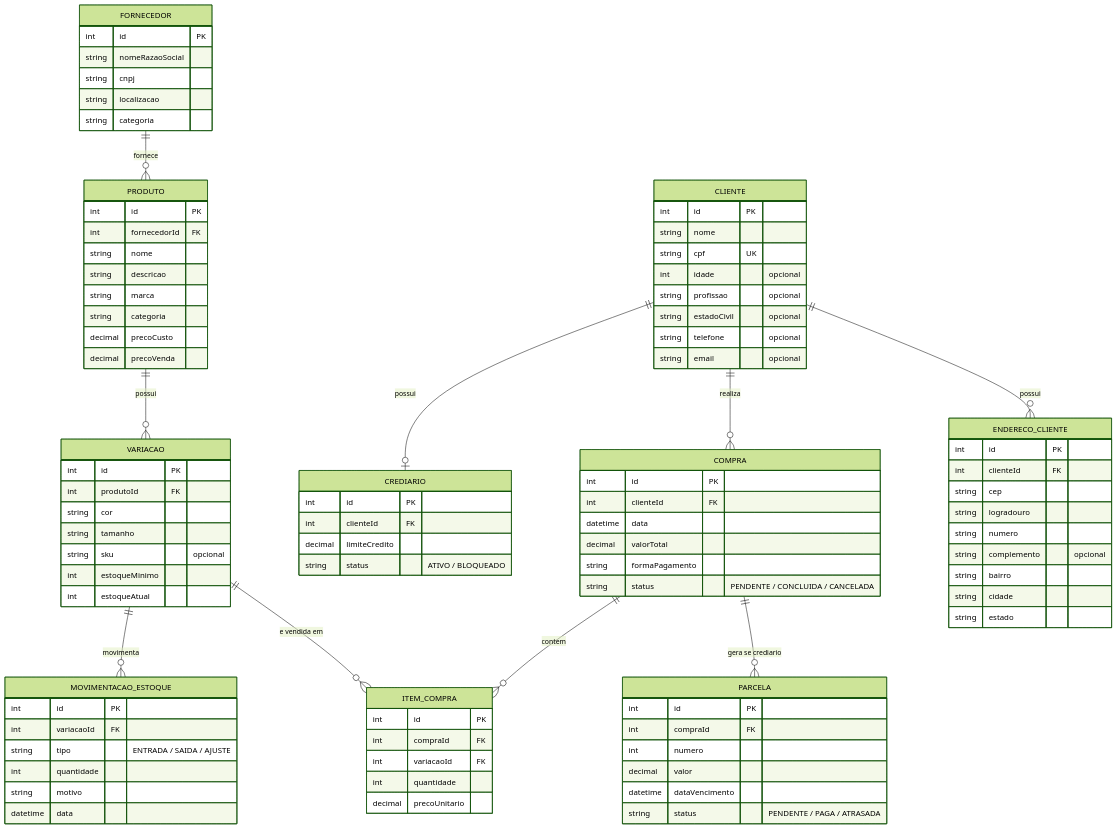
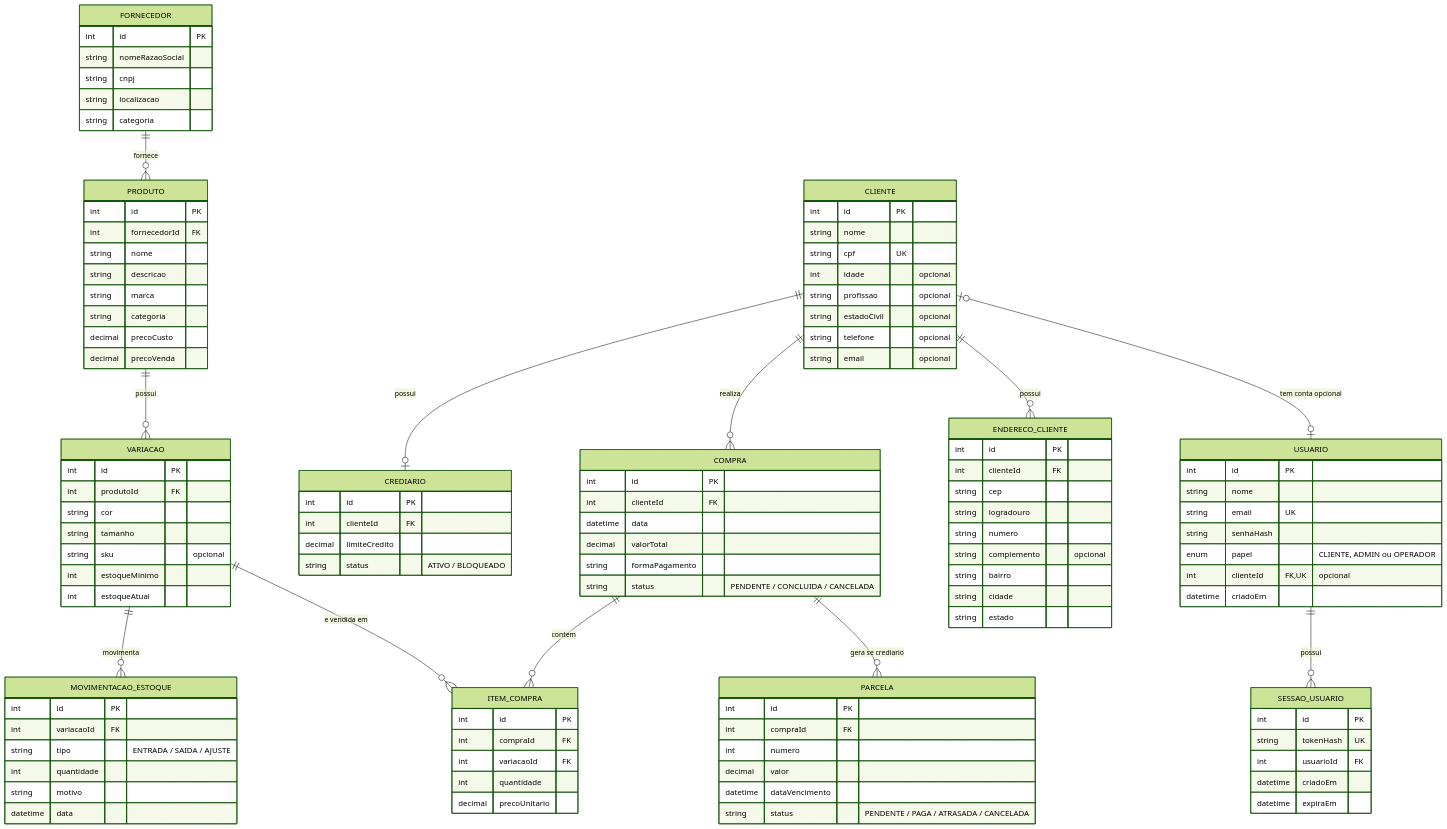
One commit to AnaliceBattisti/Projetao-charme-modas changed the diagram in docs/BANCO_DE_DADOS.md. Above: the diagram before and after it, drawn with Mermaid (forest theme). The commit also changed other lines of this file and 40 other files, not shown here.

````diff
--- a/docs/BANCO_DE_DADOS.md
+++ b/docs/BANCO_DE_DADOS.md
@@ -13,6 +13,8 @@
     CLIENTE ||--o| CREDIARIO : possui
     CLIENTE ||--o{ COMPRA : realiza
     CLIENTE ||--o{ ENDERECO_CLIENTE : possui
+    CLIENTE |o--o| USUARIO : "tem conta opcional"
+    USUARIO ||--o{ SESSAO_USUARIO : possui
     COMPRA ||--o{ ITEM_COMPRA : contem
     COMPRA ||--o{ PARCELA : "gera se crediario"
 
@@ -49,6 +51,22 @@
         int quantidade
         string motivo
         datetime data
+    }
+    USUARIO {
+        int id PK
+        string nome
+        string email UK
+        string senhaHash
+        enum papel "CLIENTE, ADMIN ou OPERADOR"
+        int clienteId FK,UK "opcional"
+        datetime criadoEm
+    }
+    SESSAO_USUARIO {
+        int id PK
+        string tokenHash UK
+        int usuarioId FK
+        datetime criadoEm
+        datetime expiraEm
     }
     CLIENTE {
         int id PK
@@ -98,6 +116,6 @@
         int numero
         decimal valor
         datetime dataVencimento
-        string status "PENDENTE / PAGA / ATRASADA"
+        string status "PENDENTE / PAGA / ATRASADA / CANCELADA"
     }
 ```
````
